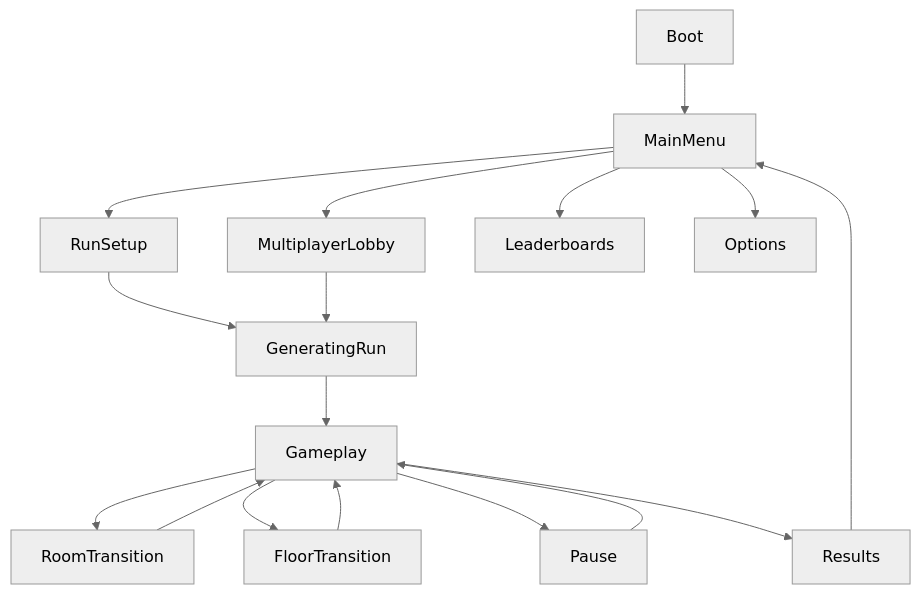
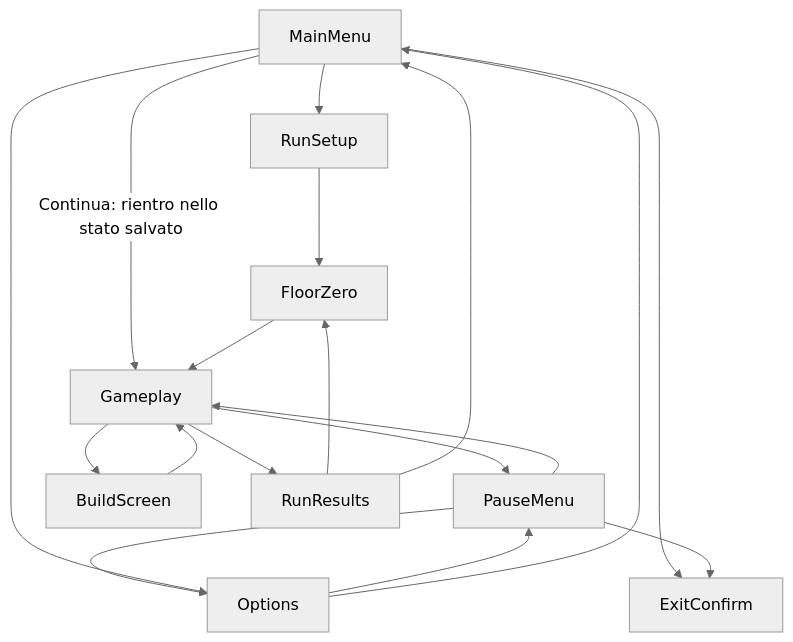
One commit to Praise32/worldsmelt changed the diagram in game-design-knowledge-base/docs/game-design/05-game-states-and-flow.md. Above: the diagram before and after it, drawn with Mermaid (neutral theme). The commit also changed other lines of this file and 60 other files, not shown here.

````diff
--- a/game-design-knowledge-base/docs/game-design/05-game-states-and-flow.md
+++ b/game-design-knowledge-base/docs/game-design/05-game-states-and-flow.md
@@ -29,19 +44,20 @@
 ```mermaid
 flowchart TD
-    Boot --> MainMenu
     MainMenu --> RunSetup
-    RunSetup --> GeneratingRun
-    GeneratingRun --> Gameplay
-    Gameplay --> RoomTransition
-    RoomTransition --> Gameplay
-    Gameplay --> FloorTransition
-    FloorTransition --> Gameplay
-    Gameplay --> Pause
-    Pause --> Gameplay
-    Gameplay --> Results
-    Results --> MainMenu
-    MainMenu --> MultiplayerLobby
-    MultiplayerLobby --> GeneratingRun
-    MainMenu --> Leaderboards
+    MainMenu -->|Continua: rientro nello stato salvato| Gameplay
+    RunSetup --> FloorZero
+    FloorZero --> Gameplay
+    Gameplay --> PauseMenu
+    PauseMenu --> Gameplay
+    PauseMenu --> Options
+    Options --> PauseMenu
+    Gameplay --> BuildScreen
+    BuildScreen --> Gameplay
+    Gameplay --> RunResults
+    RunResults --> FloorZero
+    RunResults --> MainMenu
     MainMenu --> Options
+    Options --> MainMenu
+    MainMenu --> ExitConfirm
+    PauseMenu --> ExitConfirm
 ```
````
